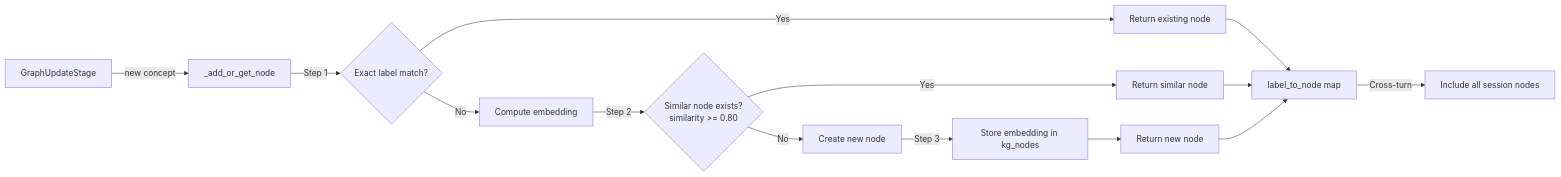
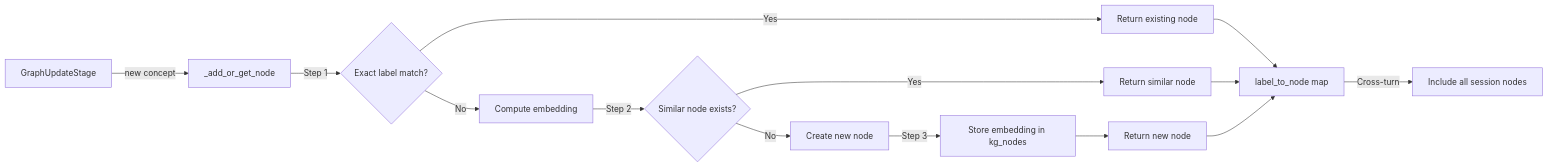
The tenth of 17 diagrams in docs/data_flow_paths.md (michaelarutyunov/interview-system-v2), drawn with Mermaid before and after one commit. The commit also changed other lines of this file and 5 other files, not shown here.

````diff
--- a/docs/data_flow_paths.md
+++ b/docs/data_flow_paths.md
@@ -848,21 +848,21 @@
 ```mermaid
 graph LR
     A[GraphUpdateStage] -->|new concept| B[_add_or_get_node]
 
     B -->|Step 1| C{Exact label match?}
     C -->|Yes| D[Return existing node]
     C -->|No| E[Compute embedding]
 
-    E -->|Step 2| F{Similar node exists?<br/>similarity >= 0.80}
+    E -->|Step 2| F{Similar node exists?}
     F -->|Yes| G[Return similar node]
     F -->|No| H[Create new node]
 
     H -->|Step 3| I[Store embedding in kg_nodes]
     I --> J[Return new node]
 
     D --> K[label_to_node map]
     G --> K
     J --> K
 
     K -->|Cross-turn| L[Include all session nodes]
 ```
````
